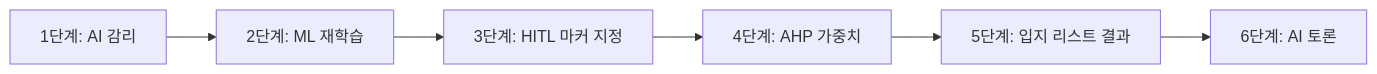
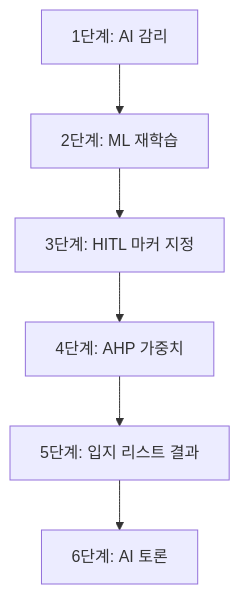
The diagram in 결과보고/최종시연및발표/OmniSite_국책과제급_최종시연발표_및_결과보고서.md (Jonghyeon-Bae/OmniSite), drawn with Mermaid before and after one commit. The commit also changed other lines of this file and 1 other file, not shown here.

````diff
--- a/결과보고/최종시연및발표/OmniSite_국책과제급_최종시연발표_및_결과보고서.md
+++ b/결과보고/최종시연및발표/OmniSite_국책과제급_최종시연발표_및_결과보고서.md
@@ -198,8 +138,8 @@
 ```mermaid
-graph LR
+graph TD
     Step1[1단계: AI 감리] --> Step2[2단계: ML 재학습]
     Step2 --> Step3[3단계: HITL 마커 지정]
     Step3 --> Step4[4단계: AHP 가중치]
     Step4 --> Step5[5단계: 입지 리스트 결과]
     Step5 --> Step6[6단계: AI 토론]
 ```
````
